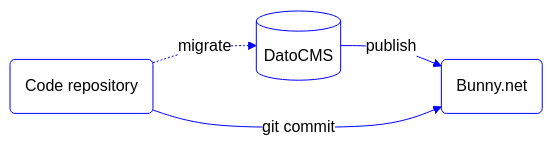
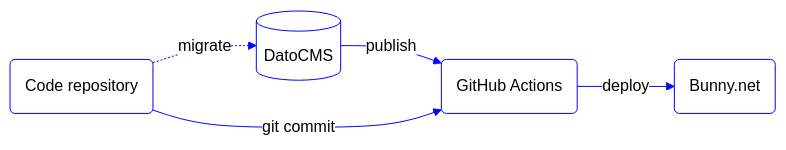
One commit to voorhoede/head-start changed the diagram in README.md. Above: the diagram before and after it, drawn with Mermaid. The commit also changed other lines of this file and 11 other files, not shown here.

````diff
--- a/README.md
+++ b/README.md
@@ -35,29 +35,31 @@
 ```mermaid
 %%{
     init: {
         'theme': 'base',
         'themeVariables': {
             'edgeLabelBackground': '#FFFFFF',
             'lineColor': '#0000FF',
             'mainBkg': '#FFFFFF',
             'primaryBorderColor': '#0000FF',
             'primaryTextColor': '#000000',
             'tertiaryColor': '#FFFED9'
         }
     }
 }%%
 
 flowchart LR
     Repository(Code repository)
 
 
         CMS[(DatoCMS)]
+        Deploy(GitHub Actions)
         Hosting(Bunny.net)
-        CMS -- publish --> Hosting
+        CMS -- publish --> Deploy
+        Deploy -- deploy --> Hosting
 
-    Repository -- git commit --> Hosting
+    Repository -- git commit --> Deploy
 
     Repository -. migrate .-> CMS
 
 %% you can edit this diagram via https://mermaid.live/edit
 ```
````
